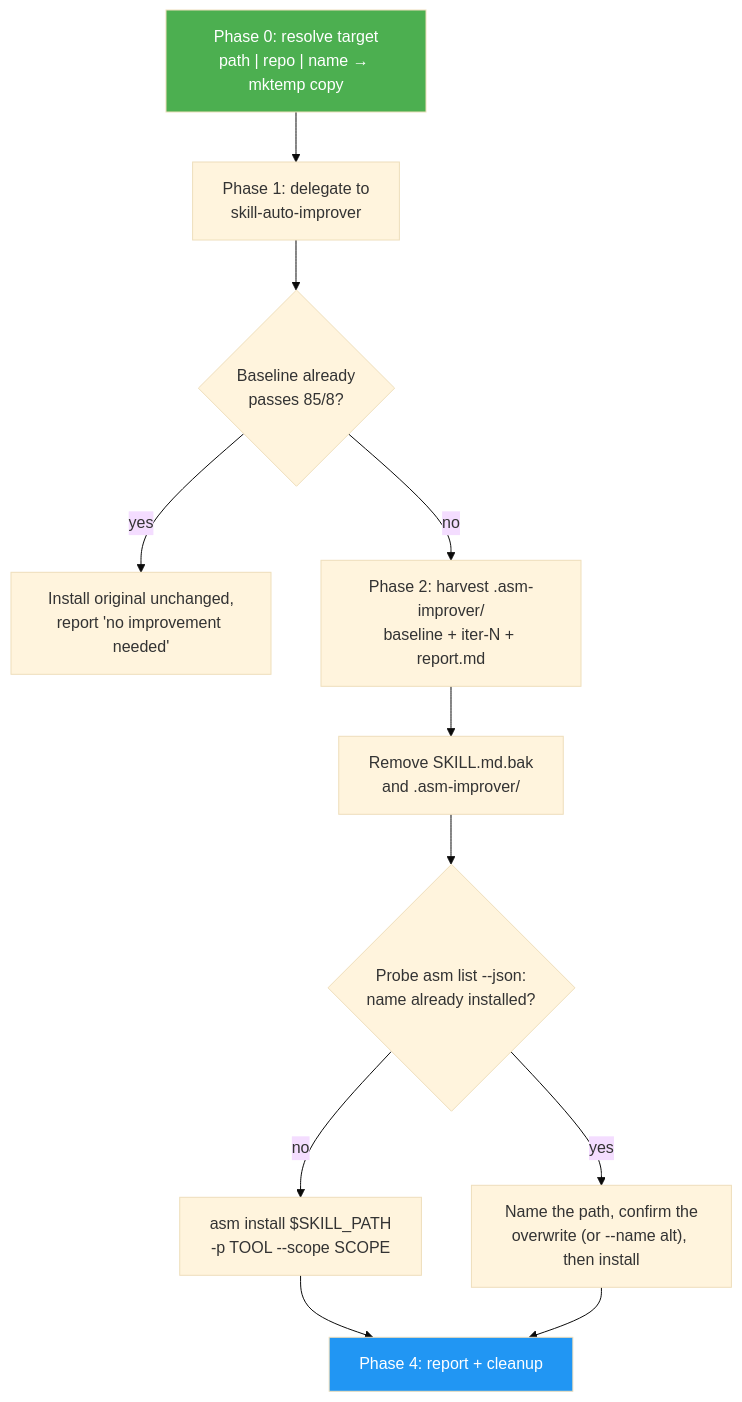
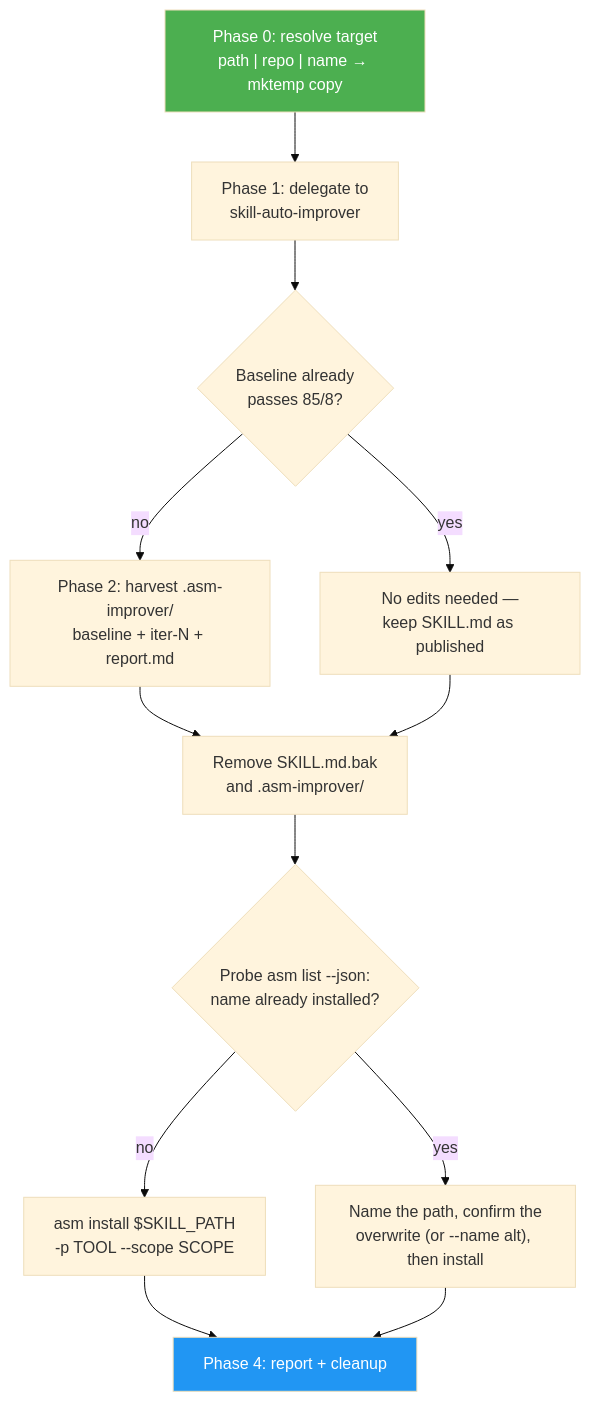
The diagram in skills/skill-install-improved/docs/README.md (luongnv89/asm), drawn with Mermaid (base theme) before and after one commit. The commit also changed 1 other file, not shown here.

Commit message:
docs(skills): separate install fence and fix early-exit flow (#418)

````diff
--- a/skills/skill-install-improved/docs/README.md
+++ b/skills/skill-install-improved/docs/README.md
@@ -43,15 +43,16 @@
 ```mermaid
 graph TD
     A["Phase 0: resolve target<br/>path | repo | name → mktemp copy"] --> B["Phase 1: delegate to<br/>skill-auto-improver"]
     B --> C{"Baseline already<br/>passes 85/8?"}
-    C -- yes --> D["Install original unchanged,<br/>report 'no improvement needed'"]
+    C -- yes --> D["No edits needed —<br/>keep SKILL.md as published"]
     C -- no --> E["Phase 2: harvest .asm-improver/<br/>baseline + iter-N + report.md"]
     E --> F["Remove SKILL.md.bak<br/>and .asm-improver/"]
+    D --> F
     F --> G{"Probe asm list --json:<br/>name already installed?"}
     G -- no --> H["asm install $SKILL_PATH<br/>-p TOOL --scope SCOPE"]
     G -- yes --> I["Name the path, confirm the<br/>overwrite (or --name alt), then install"]
     H --> J["Phase 4: report + cleanup"]
     I --> J
     style A fill:#4CAF50,color:#fff
     style J fill:#2196F3,color:#fff
 ```
````
